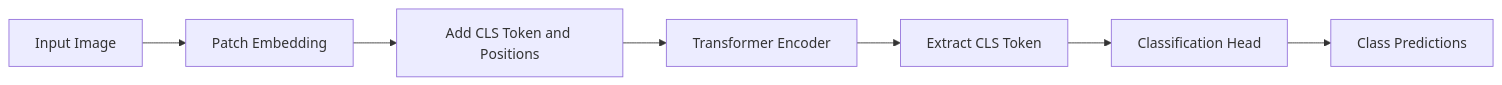
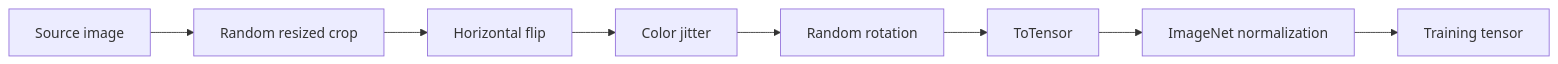
The fourth of 4 diagrams in README.md (Melvin-Paul-Jacob/ViT-Classifier), drawn with Mermaid before and after one commit. The commit also changed other lines of this file, not shown here.

````diff
--- a/README.md
+++ b/README.md
@@ -41,9 +206,13 @@
 ```mermaid
 flowchart LR
-    A["Input Image"] --> B["Patch Embedding"]
-    B --> C["Add CLS Token and Positions"]
-    C --> D["Transformer Encoder"]
-    D --> E["Extract CLS Token"]
-    E --> F["Classification Head"]
-    F --> G["Class Predictions"]
+    A["Source image"]
+    B["Random resized crop"]
+    C["Horizontal flip"]
+    D["Color jitter"]
+    E["Random rotation"]
+    F["ToTensor"]
+    G["ImageNet normalization"]
+    H["Training tensor"]
+
+    A --> B --> C --> D --> E --> F --> G --> H
 ```
````
